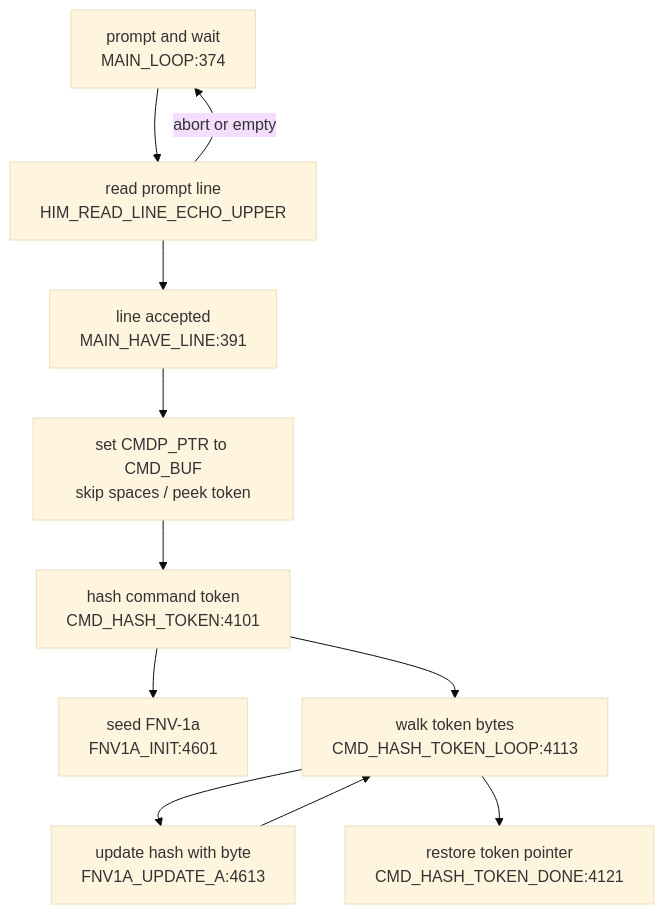
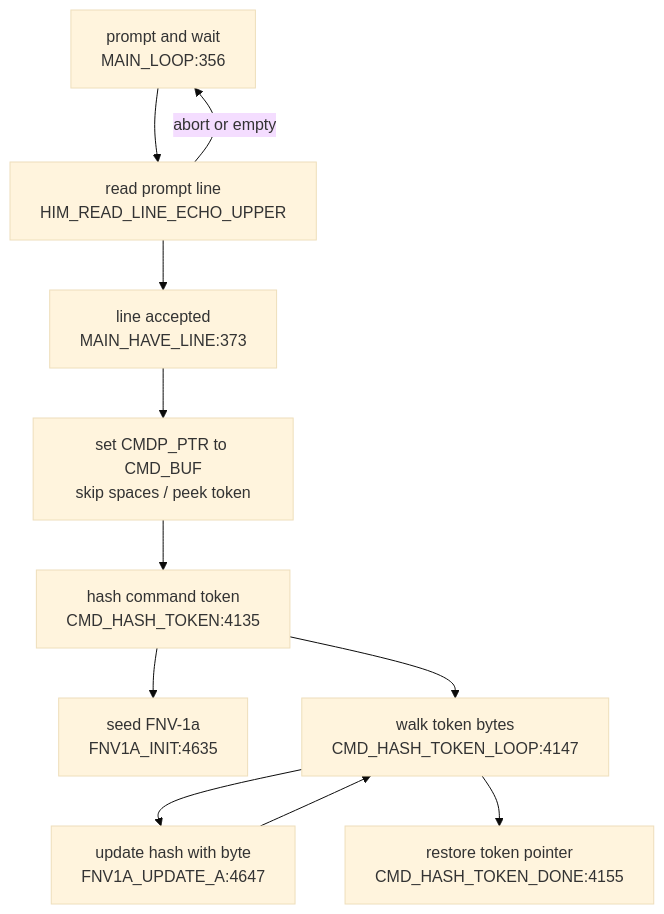
The second of 4 diagrams in DOC/GENERATED/CMD_FLOW_MAP.md (95westus/R-YORS), drawn with Mermaid (base theme) before and after one commit. The commit also changed other lines of this file and 29 other files, not shown here.

````diff
--- a/DOC/GENERATED/CMD_FLOW_MAP.md
+++ b/DOC/GENERATED/CMD_FLOW_MAP.md
@@ -24,13 +24,13 @@
 ```mermaid
 flowchart TD
-    LOOP["prompt and wait<br/>MAIN_LOOP:374"] --> READ["read prompt line<br/>HIM_READ_LINE_ECHO_UPPER"]
-    READ --> HAVE["line accepted<br/>MAIN_HAVE_LINE:391"]
+    LOOP["prompt and wait<br/>MAIN_LOOP:356"] --> READ["read prompt line<br/>HIM_READ_LINE_ECHO_UPPER"]
+    READ --> HAVE["line accepted<br/>MAIN_HAVE_LINE:373"]
     READ -->|abort or empty| LOOP
     HAVE --> PREP["set CMDP_PTR to CMD_BUF<br/>skip spaces / peek token"]
-    PREP --> HASH["hash command token<br/>CMD_HASH_TOKEN:4101"]
-    HASH --> FNVINIT["seed FNV-1a<br/>FNV1A_INIT:4601"]
-    HASH --> HASHLOOP["walk token bytes<br/>CMD_HASH_TOKEN_LOOP:4113"]
-    HASHLOOP --> UPDATE["update hash with byte<br/>FNV1A_UPDATE_A:4613"]
+    PREP --> HASH["hash command token<br/>CMD_HASH_TOKEN:4135"]
+    HASH --> FNVINIT["seed FNV-1a<br/>FNV1A_INIT:4635"]
+    HASH --> HASHLOOP["walk token bytes<br/>CMD_HASH_TOKEN_LOOP:4147"]
+    HASHLOOP --> UPDATE["update hash with byte<br/>FNV1A_UPDATE_A:4647"]
     UPDATE --> HASHLOOP
-    HASHLOOP --> DONE["restore token pointer<br/>CMD_HASH_TOKEN_DONE:4121"]
+    HASHLOOP --> DONE["restore token pointer<br/>CMD_HASH_TOKEN_DONE:4155"]
 ```
````
